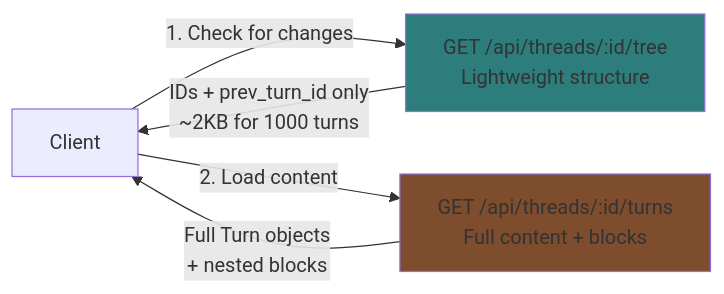
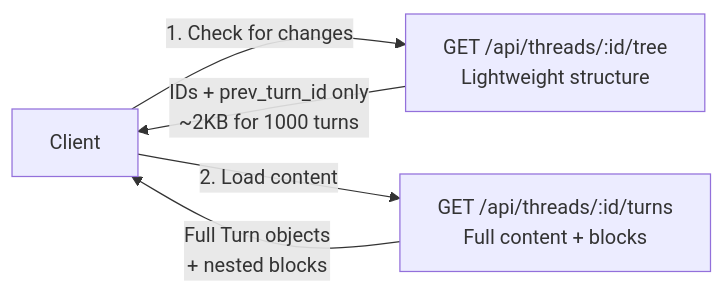
The first of 5 diagrams in _docs/technical/backend/thread/pagination.md (haowjy/meridian-flow), drawn with Mermaid before and after one commit. The commit also changed other lines of this file and 46 other files, not shown here.

````diff
--- a/_docs/technical/backend/thread/pagination.md
+++ b/_docs/technical/backend/thread/pagination.md
@@ -17,15 +17,13 @@
 ```mermaid
 graph LR
     Client[Client]
     Tree[GET /api/threads/:id/tree<br/>Lightweight structure]
     Paginate[GET /api/threads/:id/turns<br/>Full content + blocks]
 
     Client -->|1. Check for changes| Tree
     Client -->|2. Load content| Paginate
 
     Tree -->|IDs + prev_turn_id only<br/>~2KB for 1000 turns| Client
     Paginate -->|Full Turn objects<br/>+ nested blocks| Client
 
-    style Tree fill:#2d7d7d
-    style Paginate fill:#7d4d2d
 ```
````
